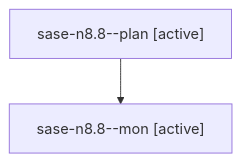
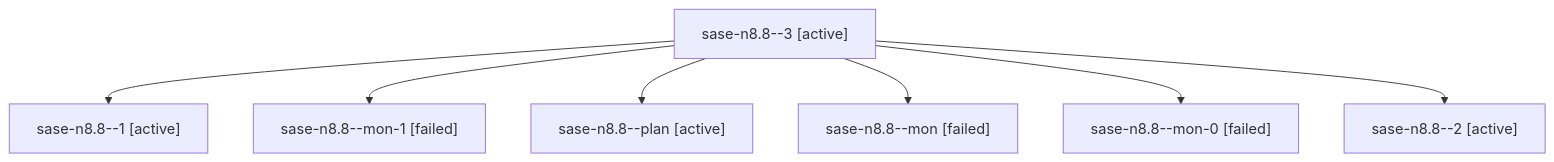
One commit to sase-org/sase--agents changed the diagram in families/bbugyi200.athena.sase-n8.8.md. Above: the diagram before and after it, drawn with Mermaid. The commit also changed other lines of this file and 88 other files, not shown here.

````diff
--- a/families/bbugyi200.athena.sase-n8.8.md
+++ b/families/bbugyi200.athena.sase-n8.8.md
@@ -9,6 +9,16 @@
 ```mermaid
 flowchart TD
-  n0["sase-n8.8--plan [active]"]
-  n1["sase-n8.8--mon [active]"]
+  n0["sase-n8.8--3 [active]"]
+  n1["sase-n8.8--1 [active]"]
   n0 --> n1
+  n2["sase-n8.8--mon-1 [failed]"]
+  n0 --> n2
+  n3["sase-n8.8--plan [active]"]
+  n0 --> n3
+  n4["sase-n8.8--mon [failed]"]
+  n0 --> n4
+  n5["sase-n8.8--mon-0 [failed]"]
+  n0 --> n5
+  n6["sase-n8.8--2 [active]"]
+  n0 --> n6
 ```
````
